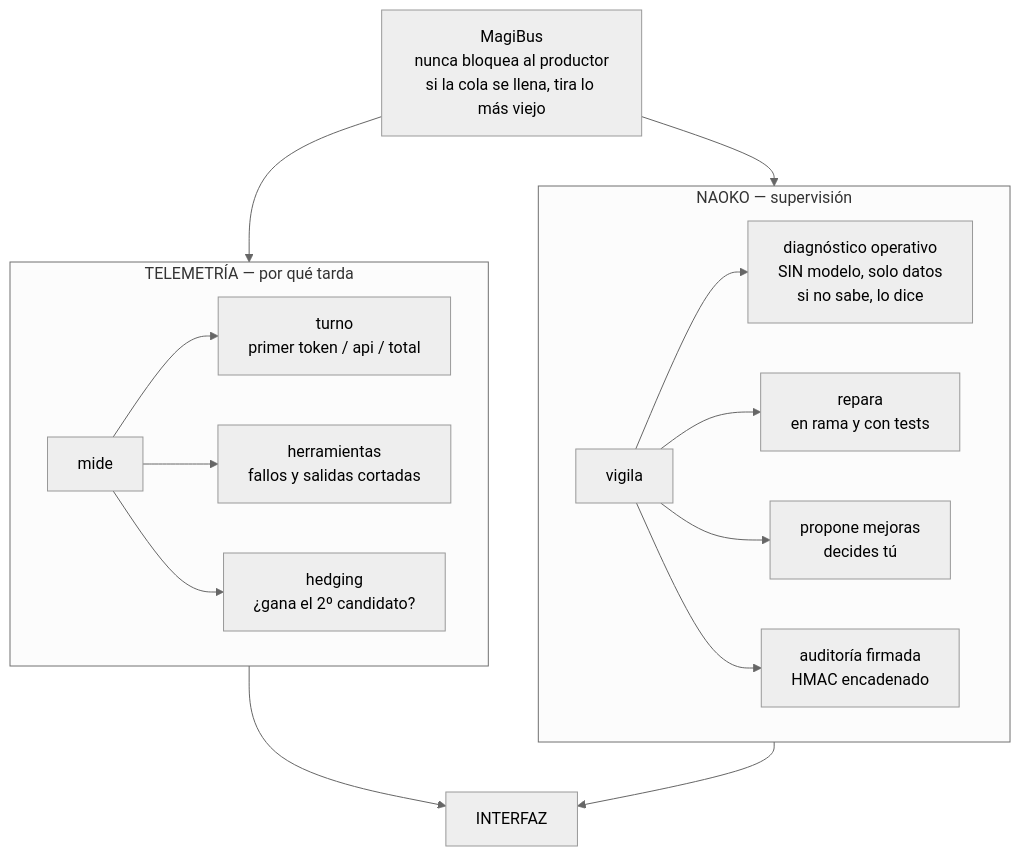
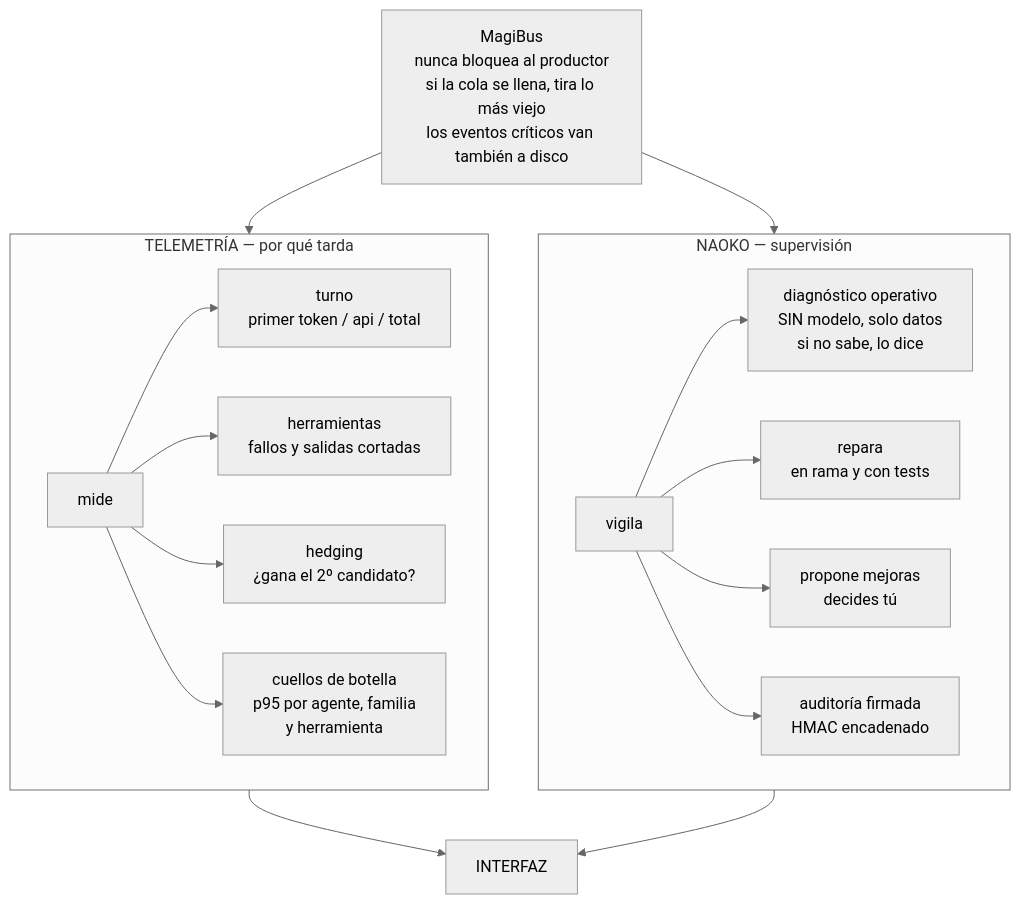
The second of 2 diagrams in README.md (zero-phoenix/MAGI-System-IDE), drawn with Mermaid (neutral theme) before and after one commit. The commit also changed other lines of this file and 9 other files, not shown here.

````diff
--- a/README.md
+++ b/README.md
@@ -140,28 +149,29 @@
 ```mermaid
 flowchart TD
 
-BUS["MagiBus<br/>nunca bloquea al productor<br/>si la cola se llena, tira lo más viejo"]
+BUS["MagiBus<br/>nunca bloquea al productor<br/>si la cola se llena, tira lo más viejo<br/>los eventos críticos van también a disco"]
 
 BUS --> NAO
 BUS --> TEL
 
 subgraph H1["NAOKO — supervisión"]
   direction LR
   NAO["vigila"]
   NAO --> NA1["diagnóstico operativo<br/>SIN modelo, solo datos<br/>si no sabe, lo dice"]
   NAO --> NA2["repara<br/>en rama y con tests"]
   NAO --> NA3["propone mejoras<br/>decides tú"]
   NAO --> NA4["auditoría firmada<br/>HMAC encadenado"]
 end
 
 subgraph H2["TELEMETRÍA — por qué tarda"]
   direction LR
   TEL["mide"]
   TEL --> TE1["turno<br/>primer token / api / total"]
   TEL --> TE2["herramientas<br/>fallos y salidas cortadas"]
   TEL --> TE3["hedging<br/>¿gana el 2º candidato?"]
+  TEL --> TE4["cuellos de botella<br/>p95 por agente, familia<br/>y herramienta"]
 end
 
 NA1 --> GUI["INTERFAZ"]
-TE1 --> GUI
+TE4 --> GUI
 ```
````
